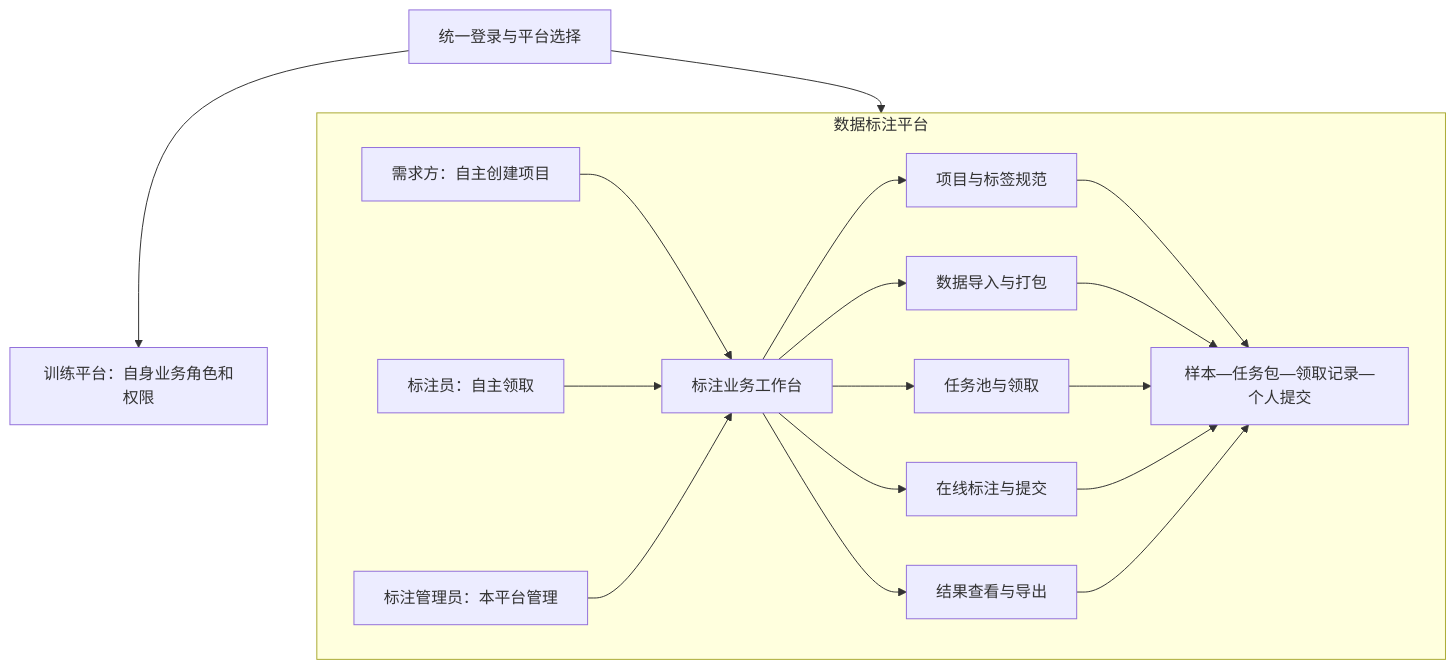
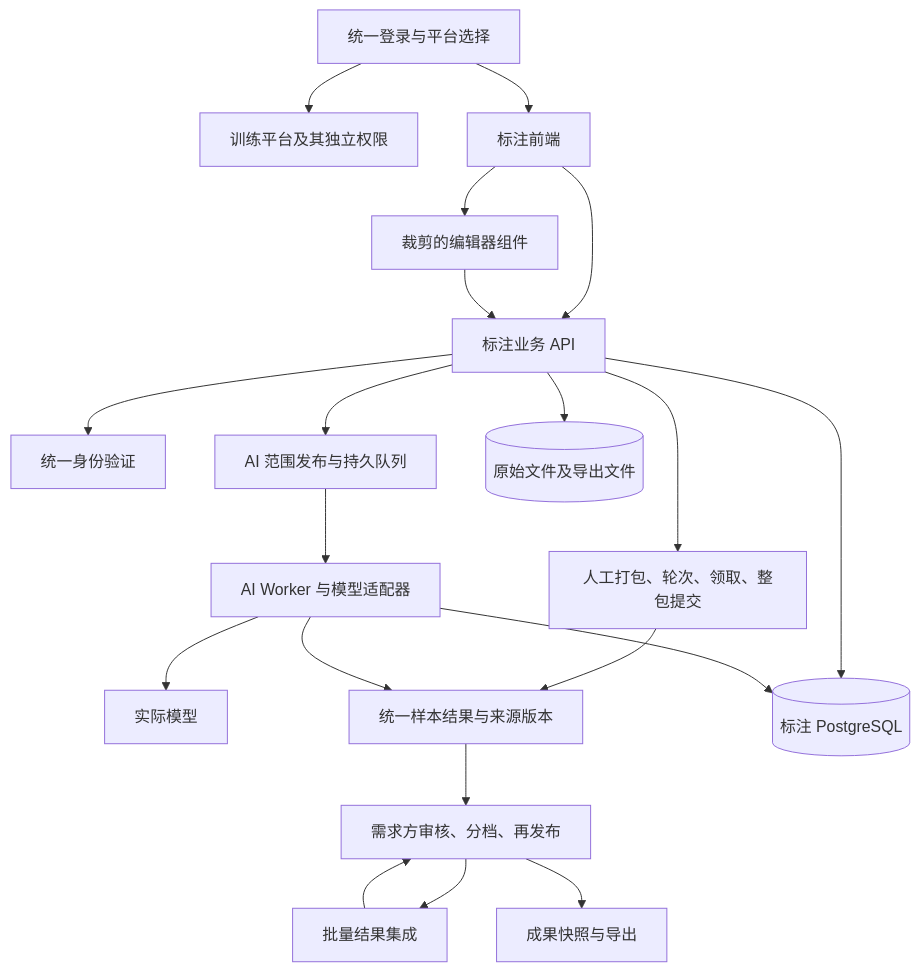
Before and after one commit to tssai-lab/tss-data-labeling: the diagram in docs/labeling-v1.1/02-architecture.md, drawn with Mermaid. The commit also changed other lines of this file and 7 other files, not shown here.

````diff
--- a/docs/labeling-v1.1/02-architecture.md
+++ b/docs/labeling-v1.1/02-architecture.md
@@ -5,20 +9,22 @@
 ```mermaid
 flowchart TB
- U[统一登录与平台选择] --> T[训练平台：自身业务角色和权限]
- U --> L
- subgraph L[数据标注平台]
-  R[需求方：自主创建项目] --> W[标注业务工作台]
-  A[标注员：自主领取] --> W
-  M[标注管理员：本平台管理] --> W
-  W --> P[项目与标签规范]
-  W --> D[数据导入与打包]
-  W --> C[任务池与领取]
-  W --> E[在线标注与提交]
-  W --> X[结果查看与导出]
-  P --> S[样本—任务包—领取记录—个人提交]
-  D --> S
-  C --> S
-  E --> S
-  X --> S
- end
+    U[统一登录与平台选择] --> T[训练平台及其独立权限]
+    U --> F[标注前端]
+    F --> E[裁剪的编辑器组件]
+    F --> B[标注业务 API]
+    E --> B
+    B --> I[统一身份验证]
+    B --> P[人工打包、轮次、领取、整包提交]
+    B --> A[AI 范围发布与持久队列]
+    A --> W[AI Worker 与模型适配器]
+    W --> M[实际模型]
+    P --> R[统一样本结果与来源版本]
+    W --> R
+    R --> V[需求方审核、分档、再发布]
+    V --> G[批量结果集成]
+    G --> V
+    V --> X[成果快照与导出]
+    B --> DB[(标注 PostgreSQL)]
+    W --> DB
+    B --> S[(原始文件及导出文件)]
 ```
````
